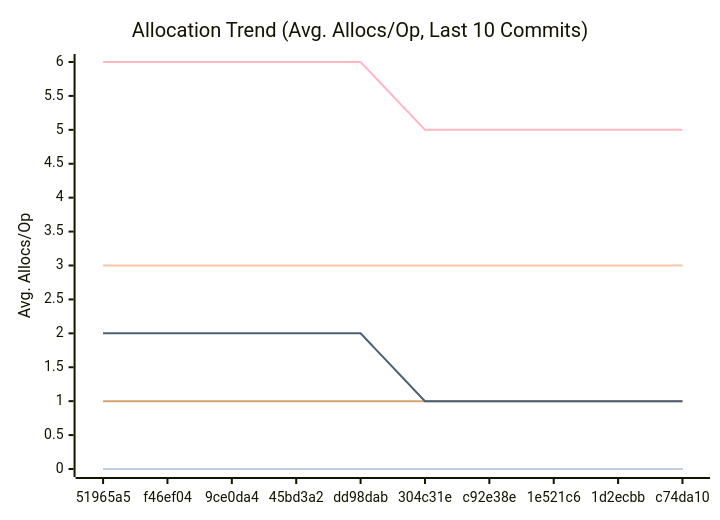
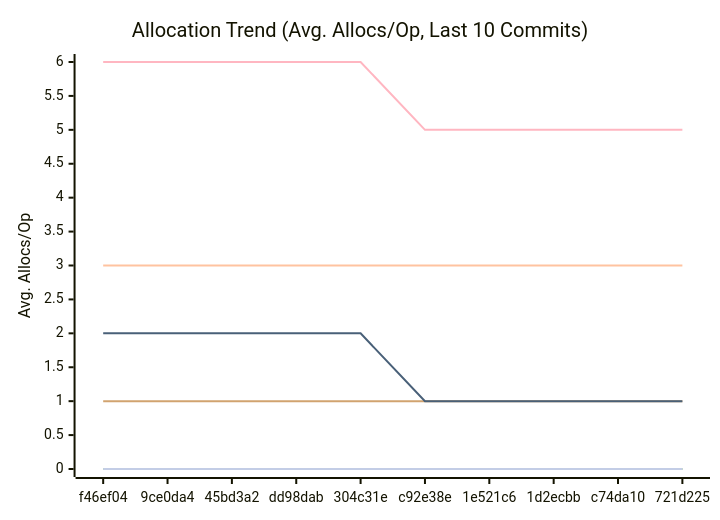
Before and after one commit to alsotoes/momo: the third of 3 diagrams in docs/PERFORMANCE.md, drawn with Mermaid. The commit also changed other lines of this file and 4 other files, not shown here.

````diff
--- a/docs/PERFORMANCE.md
+++ b/docs/PERFORMANCE.md
@@ -114,16 +114,16 @@
 ```mermaid
 xychart-beta
     title "Allocation Trend (Avg. Allocs/Op, Last 10 Commits)"
     x-axis "Commit"
     y-axis "Avg. Allocs/Op"
-    x-axis [51965a5,f46ef04,9ce0da4,45bd3a2,dd98dab,304c31e,c92e38e,1e521c6,1d2ecbb,c74da10]
+    x-axis [f46ef04,9ce0da4,45bd3a2,dd98dab,304c31e,c92e38e,1e521c6,1d2ecbb,c74da10,721d225]
     line "CheckMetricsAndSwap" [0,0,0,0,0,0,0,0,0,0]
     line "CrushOptimized" [0,0,0,0,0,0,0,0,0,0]
     line "CrushOriginal" [3,3,3,3,3,3,3,3,3,3]
     line "IndexDirectTracking" [0,0,0,0,0,0,0,0,0,0]
     line "IndexSearch" [0,0,0,0,0,0,0,0,0,0]
     line "LoadGlobalConfig" [1,1,1,1,1,1,1,1,1,1]
     line "PadString" [0,0,0,0,0,0,0,0,0,0]
     line "ParseReplicationOrder_NoPrealloc" [6,6,6,6,6,5,5,5,5,5]
     line "ParseReplicationOrder_Prealloc" [2,2,2,2,2,1,1,1,1,1]
 ```
````
